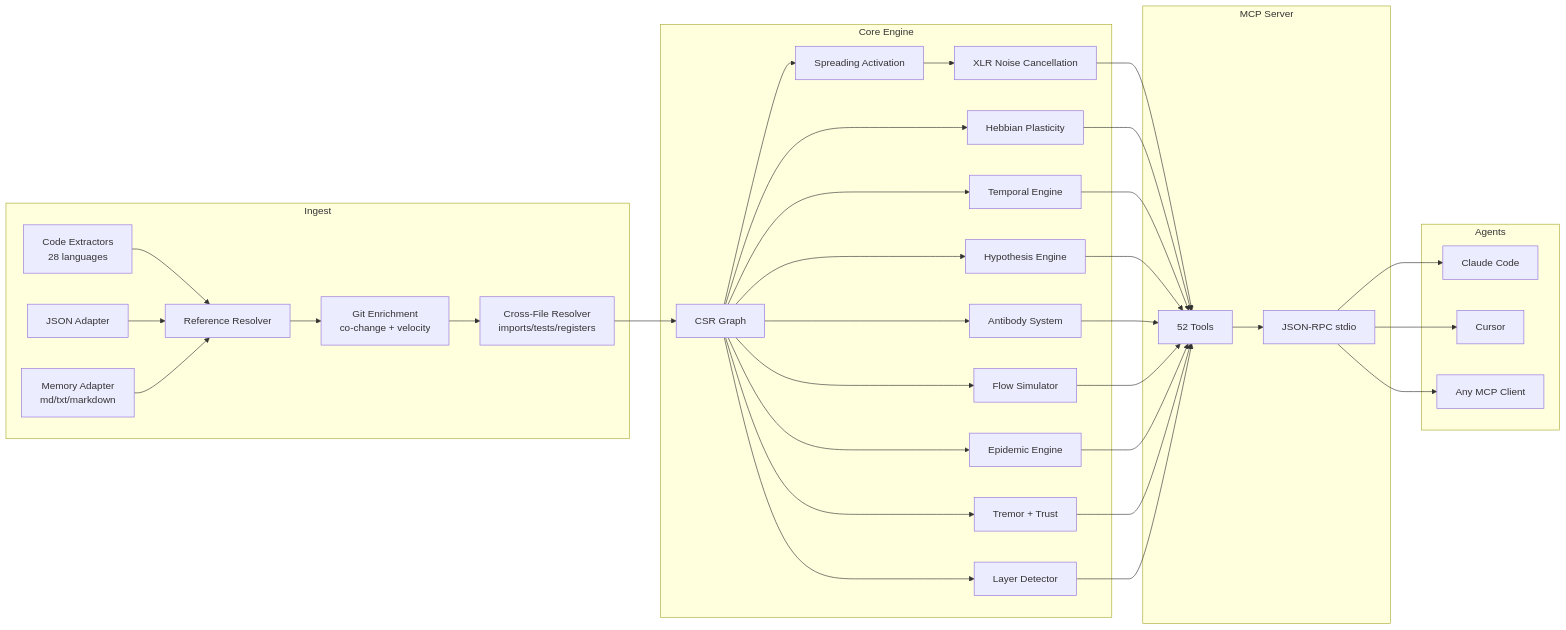
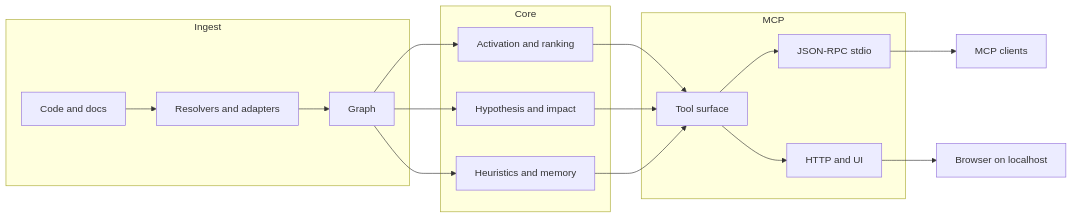
The diagram in i18n/README.de.md (maxkle1nz/m1nd), drawn with Mermaid before and after one commit. The commit also changed other lines of this file and 53 other files, not shown here.

Commit message:
docs(repo): reorganize public surface, tests, and translations

````diff
--- a/i18n/README.de.md
+++ b/i18n/README.de.md
@@ -365,40 +516,21 @@
 ```mermaid
 graph LR
     subgraph Ingest
-        A[Code Extractors<br/>28 languages] --> B[Reference Resolver]
-        C[JSON Adapter] --> B
-        MA[Memory Adapter<br/>md/txt/markdown] --> B
-        B --> GD[Git Enrichment<br/>co-change + velocity]
-        GD --> CF[Cross-File Resolver<br/>imports/tests/registers]
+        A[Code and docs] --> R[Resolvers and adapters]
+        R --> G[Graph]
     end
-    subgraph Core Engine
-        CF --> D[CSR Graph]
-        D --> E[Spreading Activation]
-        D --> F[Hebbian Plasticity]
-        D --> G[Temporal Engine]
-        D --> H[Hypothesis Engine]
-        D --> AB[Antibody System]
-        D --> FL[Flow Simulator]
-        D --> EP[Epidemic Engine]
-        D --> TR[Tremor + Trust]
-        D --> LY[Layer Detector]
-        E --> I[XLR Noise Cancellation]
+    subgraph Core
+        G --> SA[Activation and ranking]
+        G --> HY[Hypothesis and impact]
+        G --> HS[Heuristics and memory]
     end
-    subgraph MCP Server
-        I --> J[52 Tools]
-        F --> J
-        G --> J
-        H --> J
-        AB --> J
-        FL --> J
-        EP --> J
-        TR --> J
-        LY --> J
-        J --> K[JSON-RPC stdio]
+    subgraph MCP
+        SA --> T[Tool surface]
+        HY --> T
+        HS --> T
+        T --> IO[JSON-RPC stdio]
+        T --> HTTP[HTTP and UI]
     end
-    subgraph Agents
-        K --> L[Claude Code]
-        K --> M[Cursor]
-        K --> N[Any MCP Client]
-    end
+    IO --> C[MCP clients]
+    HTTP --> B[Browser on localhost]
 ```
````
